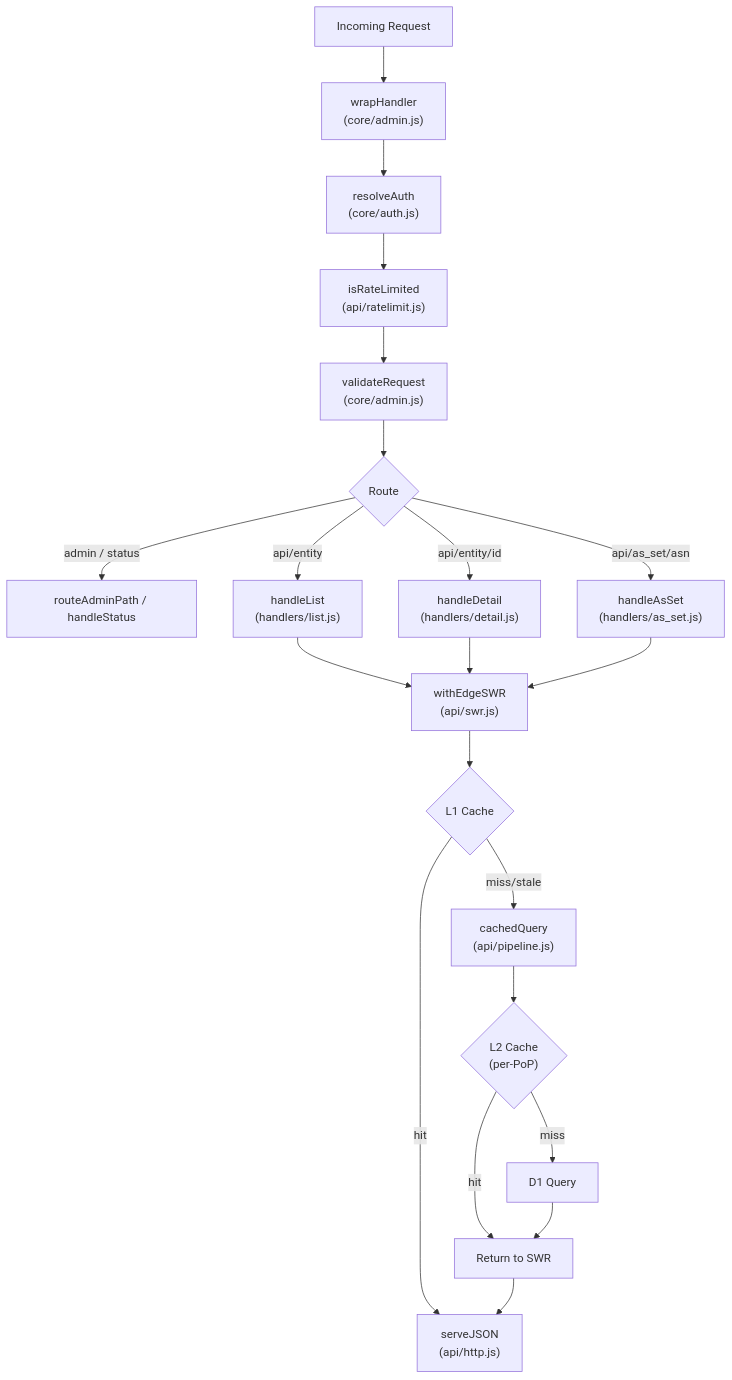
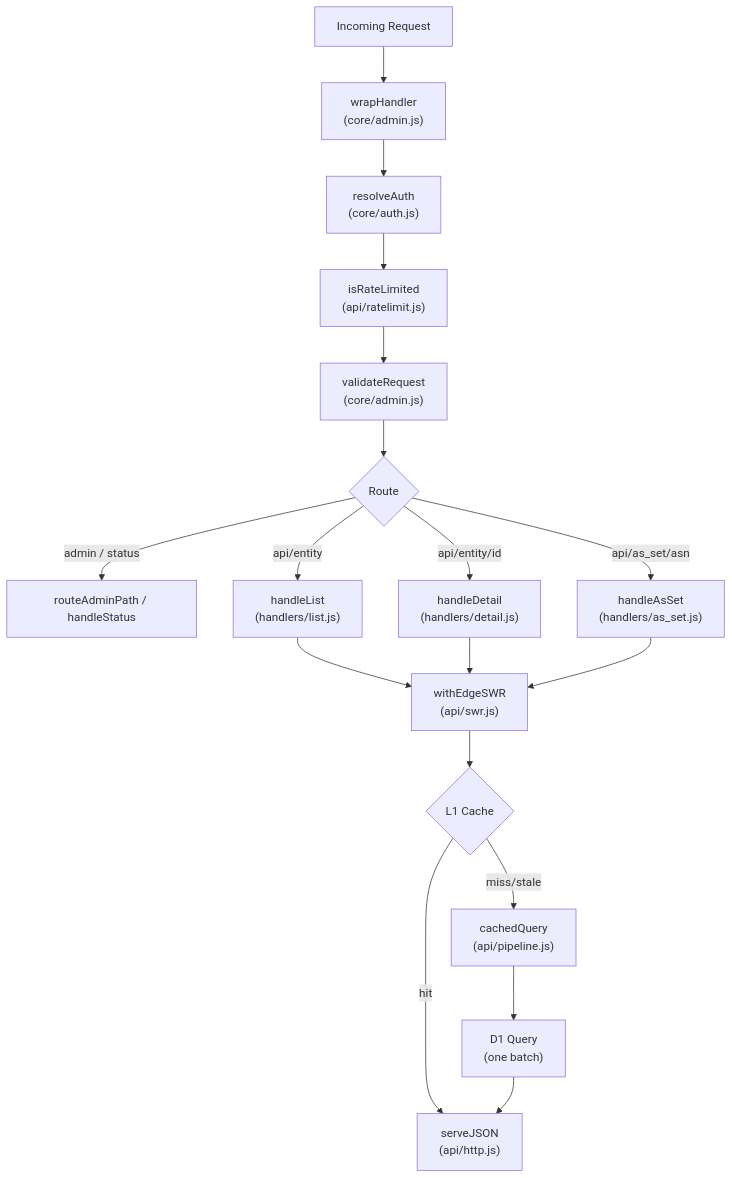
Before and after one commit to remcovanmook/pdbfe: the first of 2 diagrams in workers/index.md, drawn with Mermaid. The commit also changed other lines of this file and 40 other files, not shown here.

First line of the commit message:
perf: remove the per-PoP L2 cache

````diff
--- a/workers/index.md
+++ b/workers/index.md
@@ -7,27 +7,24 @@
 ```mermaid
 graph TD
     REQ["Incoming Request"] --> WRAP["wrapHandler<br/>(core/admin.js)"]
     WRAP --> AUTH["resolveAuth<br/>(core/auth.js)"]
     AUTH --> RL["isRateLimited<br/>(api/ratelimit.js)"]
     RL --> VALID["validateRequest<br/>(core/admin.js)"]
     VALID --> ROUTE{"Route"}
 
     ROUTE -->|"admin / status"| ADMIN["routeAdminPath / handleStatus"]
     ROUTE -->|"api/entity"| LIST["handleList<br/>(handlers/list.js)"]
     ROUTE -->|"api/entity/id"| DETAIL["handleDetail<br/>(handlers/detail.js)"]
     ROUTE -->|"api/as_set/asn"| ASSET["handleAsSet<br/>(handlers/as_set.js)"]
 
     LIST --> SWR["withEdgeSWR<br/>(api/swr.js)"]
     DETAIL --> SWR
     ASSET --> SWR
 
     SWR --> L1{"L1 Cache"}
     L1 -->|"hit"| RESP["serveJSON<br/>(api/http.js)"]
     L1 -->|"miss/stale"| PIPE["cachedQuery<br/>(api/pipeline.js)"]
 
-    PIPE --> L2{"L2 Cache<br/>(per-PoP)"}
-    L2 -->|"hit"| PIPE_RET["Return to SWR"]
-    L2 -->|"miss"| D1["D1 Query"]
-    D1 --> PIPE_RET
-    PIPE_RET --> RESP
+    PIPE --> D1["D1 Query<br/>(one batch)"]
+    D1 --> RESP
 ```
````
